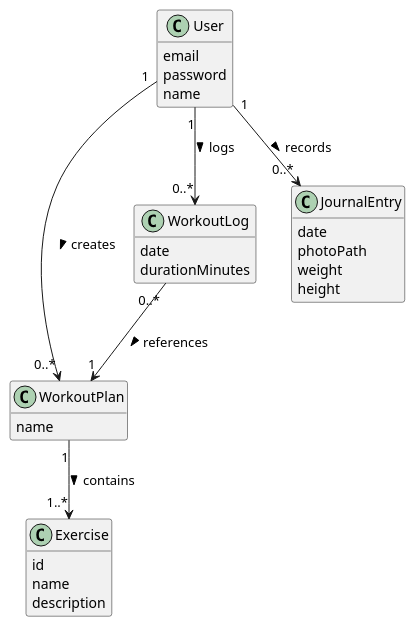
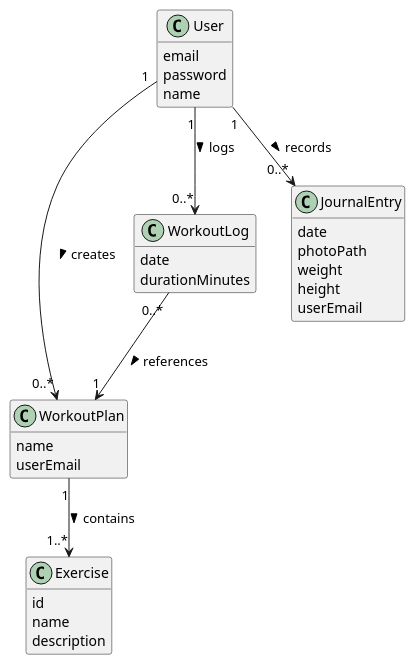
The diagram in docs/DM.puml (Martim690/DSSMV_ProjectDroid_1240690_1240842), drawn with PlantUML before and after one commit. The commit also changed 3 other files, not shown here.

```diff
--- a/docs/DM.puml
+++ b/docs/DM.puml
@@ -1,39 +1,41 @@
 @startuml
 skinparam classAttributeIconSize 0
 hide empty methods
 
 class User {
     email
     password
     name
 }
 
 class WorkoutPlan {
     name
+    userEmail
 }
 
 class Exercise {
     id
     name
     description
 }
 
 class WorkoutLog {
     date
     durationMinutes
 }
 
 class JournalEntry {
     date
     photoPath
     weight
     height
+    userEmail
 }
 
 User "1" --> "0..*" WorkoutPlan : creates >
 User "1" --> "0..*" WorkoutLog : logs >
 User "1" --> "0..*" JournalEntry : records >
 WorkoutPlan "1" --> "1..*" Exercise : contains >
 WorkoutLog "0..*" --> "1" WorkoutPlan : references >
 
 @enduml
```
